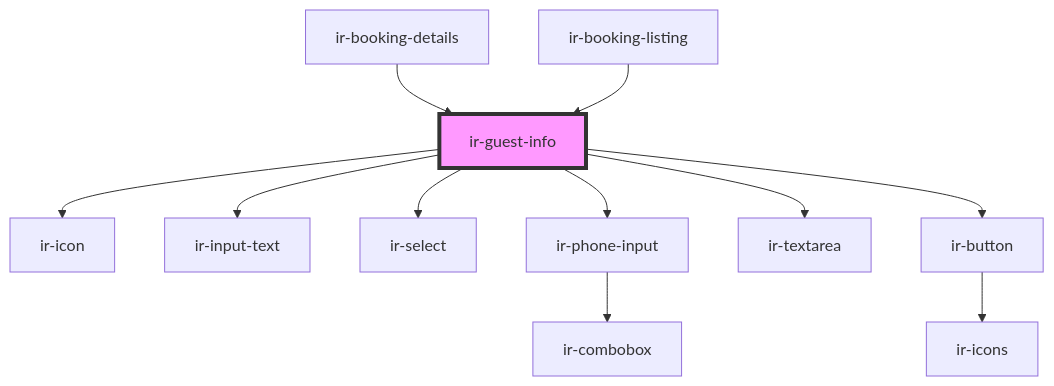
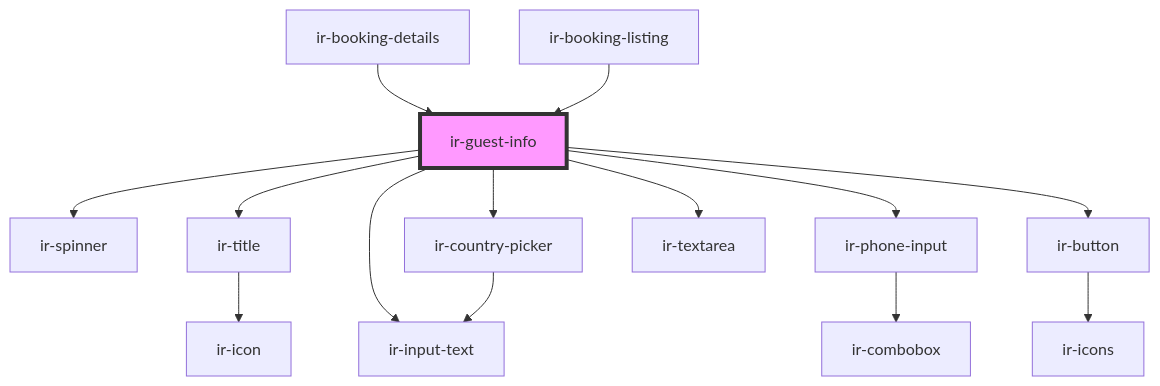
One commit to RonyRizk/ir-webcmp changed the diagram in src/components/ir-guest-info/readme.md. Above: the diagram before and after it, drawn with Mermaid. The commit also changed other lines of this file and 293 other files, not shown here.

````diff
--- a/src/components/ir-guest-info/readme.md
+++ b/src/components/ir-guest-info/readme.md
@@ -44,14 +46,17 @@
 ```mermaid
 graph TD;
-  ir-guest-info --> ir-icon
+  ir-guest-info --> ir-spinner
+  ir-guest-info --> ir-title
   ir-guest-info --> ir-input-text
-  ir-guest-info --> ir-select
+  ir-guest-info --> ir-country-picker
   ir-guest-info --> ir-phone-input
   ir-guest-info --> ir-textarea
   ir-guest-info --> ir-button
+  ir-title --> ir-icon
+  ir-country-picker --> ir-input-text
   ir-phone-input --> ir-combobox
   ir-button --> ir-icons
   ir-booking-details --> ir-guest-info
   ir-booking-listing --> ir-guest-info
   style ir-guest-info fill:#f9f,stroke:#333,stroke-width:4px
 ```
````
